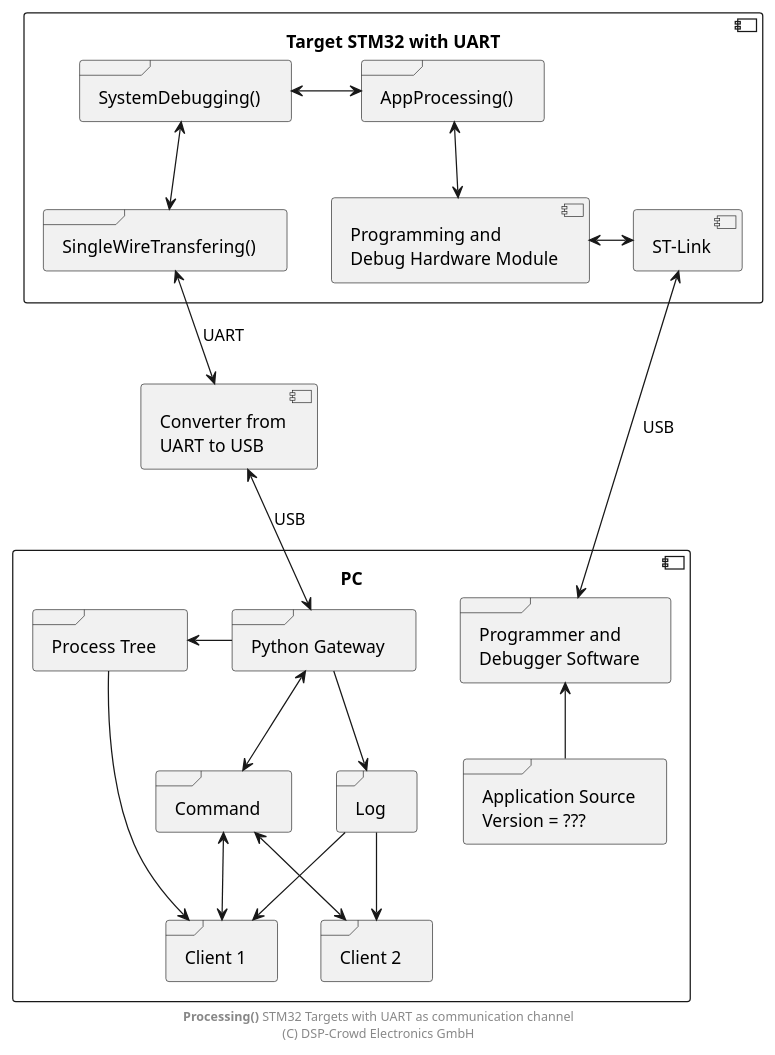
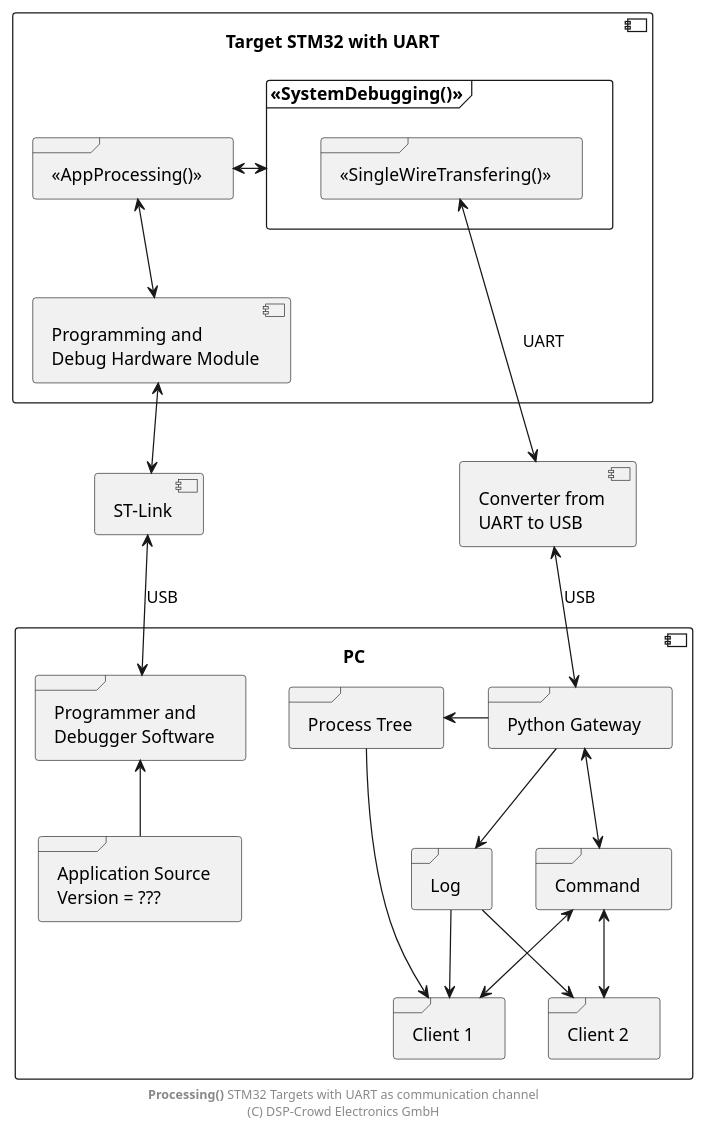
One commit to NoOrientationProgramming/hello-world-stm32 changed the diagram in doc/system/stm32-uart_2.pu. Above: the diagram before and after it, drawn with PlantUML. The commit also changed 6 other files, not shown here.

```diff
--- a/doc/system/stm32-uart_2.pu
+++ b/doc/system/stm32-uart_2.pu
@@ -2,58 +2,56 @@
 @startuml
 
 ' skinparam linetype ortho
 
 component PC as pc {
   frame "Python Gateway" as gw
 
   frame "Log" as log
   frame "Command" as cmd
   frame "Process Tree" as tree
 
   frame "Client 1" as clt1
   frame "Client 2" as clt2
 
   frame "Programmer and\nDebugger Software" as dbgPc
   frame "Application Source\nVersion = ???" as src
 }
 
 component "Converter from\nUART to USB" as cnvt2
 
 component "Target STM32 with UART" as trg {
-  frame "SystemDebugging()" as dbg
-  frame "SingleWireTransfering()" as swt
+  frame "<<SystemDebugging()>>" as dbg {
+    frame "<<SingleWireTransfering()>>" as swt
+  }
   component "Programming and\nDebug Hardware Module" as segInt
-  frame "AppProcessing()" as app
+  frame "<<AppProcessing()>>" as app
 
-  component "ST-Link" as seg
 }
 
+component "ST-Link" as pStLink
+
 dbg <-> app
-dbg <--> swt
 app <--> segInt
 
-gw -[hidden]r- dbgPc
-
-swt -[hidden]r- segInt
-swt <--> cnvt2 : UART
+swt <-> cnvt2 : UART
 
 cnvt2 <--> gw : USB
 
-segInt <-> seg
+segInt <--> pStLink
 
-seg <--> dbgPc : USB
+pStLink <--> dbgPc : USB
 dbgPc <-- src
 
 gw --> log
 gw <--> cmd
 tree <- gw
 
 tree --> clt1
 log --> clt1
 log --> clt2
 cmd <--> clt1
 cmd <--> clt2
 
 footer **Processing()** STM32 Targets with UART as communication channel\n(C) DSP-Crowd Electronics GmbH
 
 @enduml
```
